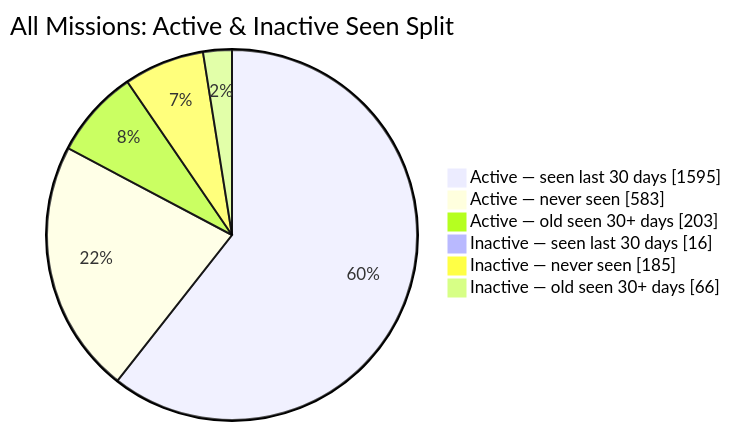
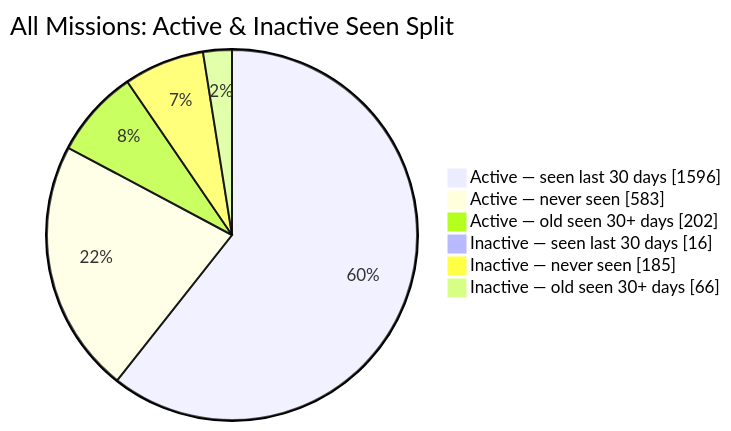
Before and after one commit to MeldkamerspelGameTeam/active-missions: the second of 2 diagrams in README.md, drawn with Mermaid. The commit also changed other lines of this file and 2 other files, not shown here.

````diff
--- a/README.md
+++ b/README.md
@@ -44,10 +44,10 @@
 ```mermaid
 pie showData
     title All Missions: Active & Inactive Seen Split
-    "Active — seen last 30 days" : 1595
+    "Active — seen last 30 days" : 1596
     "Active — never seen" : 583
-    "Active — old seen 30+ days" : 203
+    "Active — old seen 30+ days" : 202
     "Inactive — seen last 30 days" : 16
     "Inactive — never seen" : 185
     "Inactive — old seen 30+ days" : 66
 ```
````
